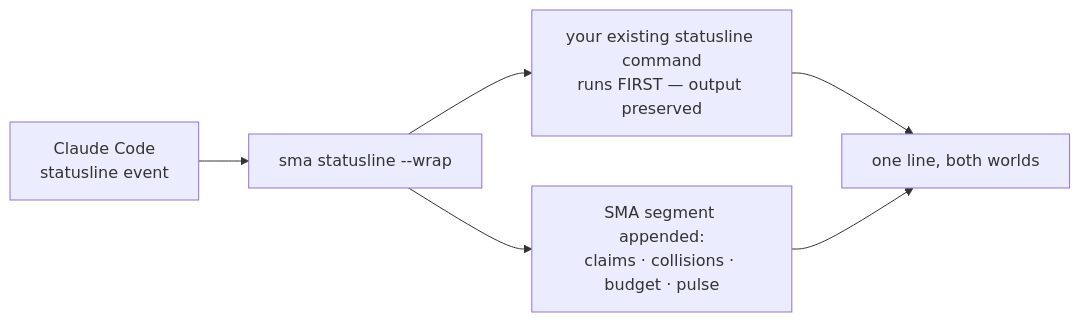
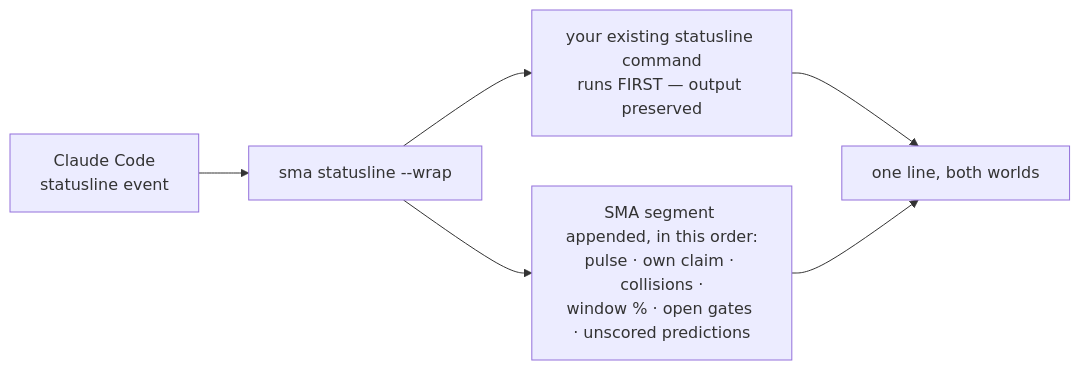
One commit to sma-framework/sma changed the eighth of 24 diagrams in docs/DETAILS.md. Above: the diagram before and after it, drawn with Mermaid. The commit also changed other lines of this file and 3 other files, not shown here.

````diff
--- a/docs/DETAILS.md
+++ b/docs/DETAILS.md
@@ -734,8 +734,8 @@
 ```mermaid
 flowchart LR
     CC["Claude Code<br>statusline event"] --> W["sma statusline --wrap"]
     W --> U["your existing statusline command<br>runs FIRST — output preserved"]
     U --> OUT["one line, both worlds"]
-    W --> SEG["SMA segment appended:<br>claims · collisions · budget · pulse"]
+    W --> SEG["SMA segment appended, in this order:<br>pulse · own claim · collisions ·<br>window % · open gates · unscored predictions"]
     SEG --> OUT
 ```
````
